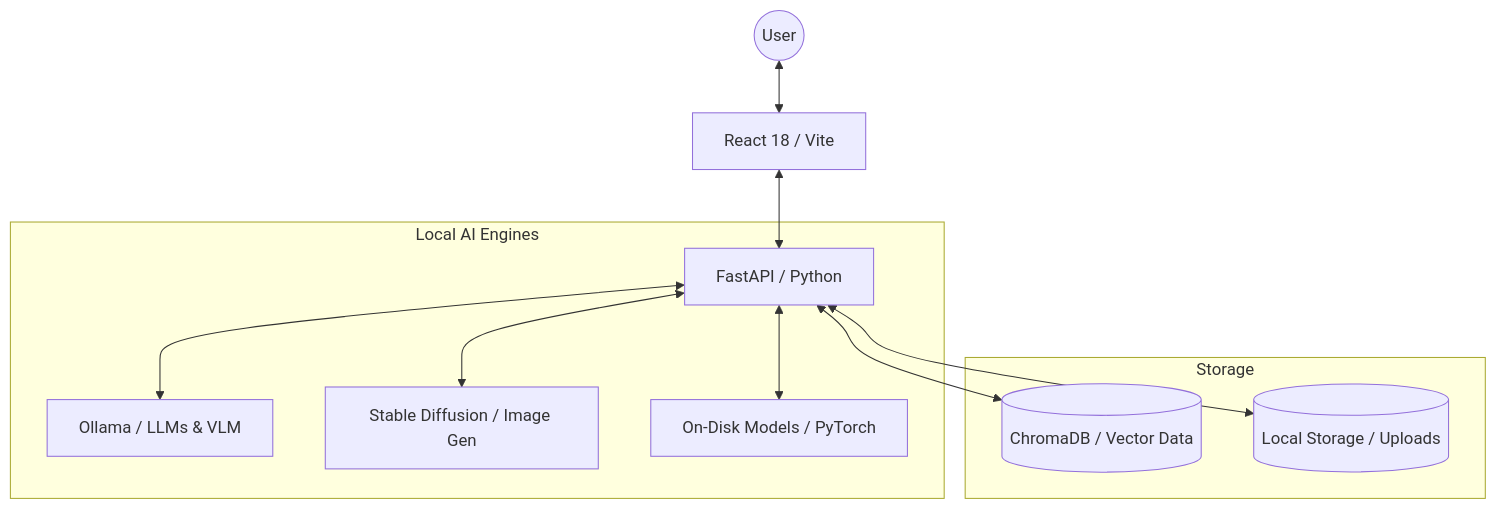
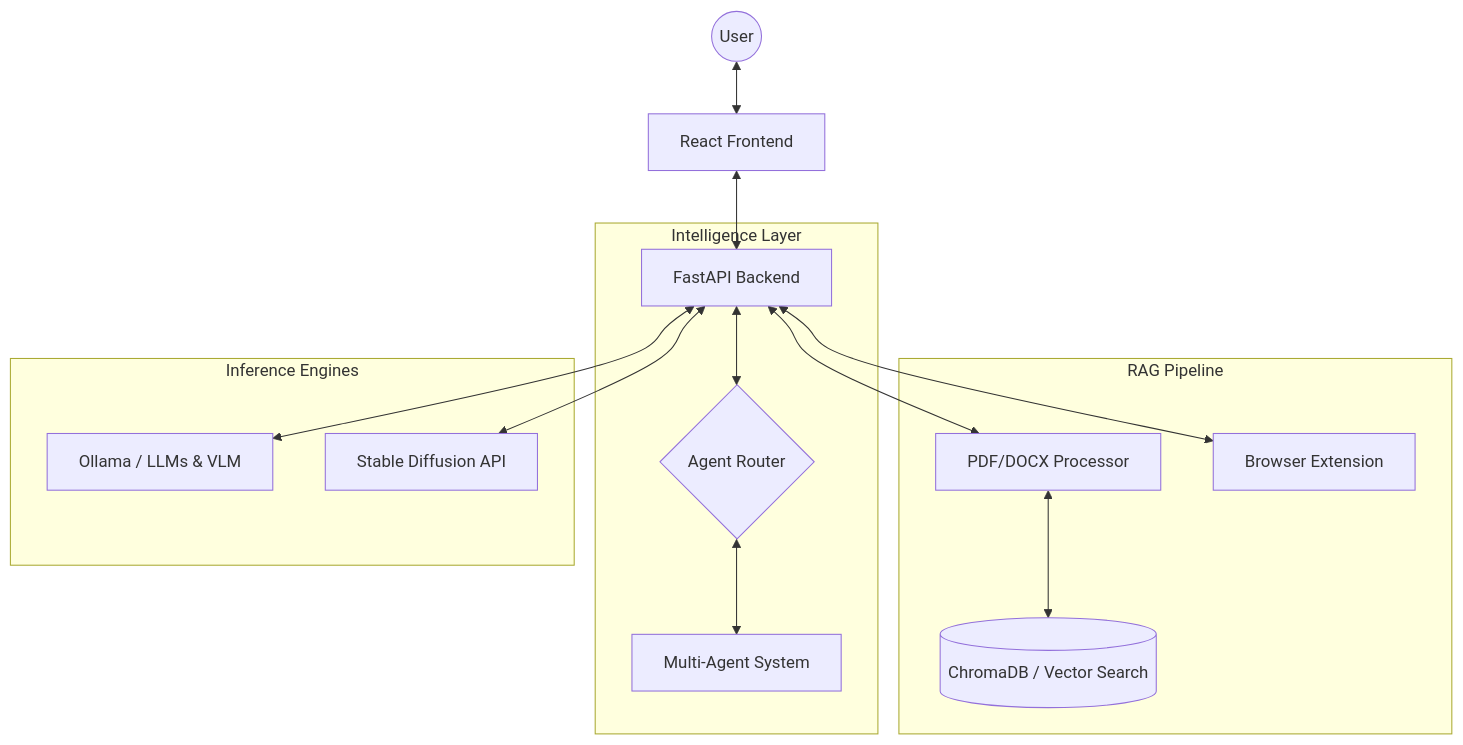
Before and after one commit to AR118luv/ai_brain-main: the diagram in README.md, drawn with Mermaid. The commit also changed other lines of this file and 4 other files, not shown here.

````diff
--- a/README.md
+++ b/README.md
@@ -48,16 +30,21 @@
 ```mermaid
 graph TD
-    User((User)) <--> Frontend[React 18 / Vite]
-    Frontend <--> Backend[FastAPI / Python]
+    User((User)) <--> UI[React Frontend]
+    UI <--> API[FastAPI Backend]
     
-    subgraph "Local AI Engines"
-        Backend <--> Ollama[Ollama / LLMs & VLM]
-        Backend <--> SD[Stable Diffusion / Image Gen]
-        Backend <--> Models[On-Disk Models / PyTorch]
+    subgraph "Intelligence Layer"
+        API <--> Router{Agent Router}
+        Router <--> Agents[Multi-Agent System]
     end
     
-    subgraph "Storage"
-        Backend <--> ChromaDB[(ChromaDB / Vector Data)]
-        Backend <--> FileSystem[(Local Storage / Uploads)]
+    subgraph "RAG Pipeline"
+        API <--> PDF[PDF/DOCX Processor]
+        PDF <--> Chroma[(ChromaDB / Vector Search)]
+        API <--> Ext[Browser Extension]
+    end
+    
+    subgraph "Inference Engines"
+        API <--> Ollama[Ollama / LLMs & VLM]
+        API <--> SD[Stable Diffusion API]
     end
 ```
````
